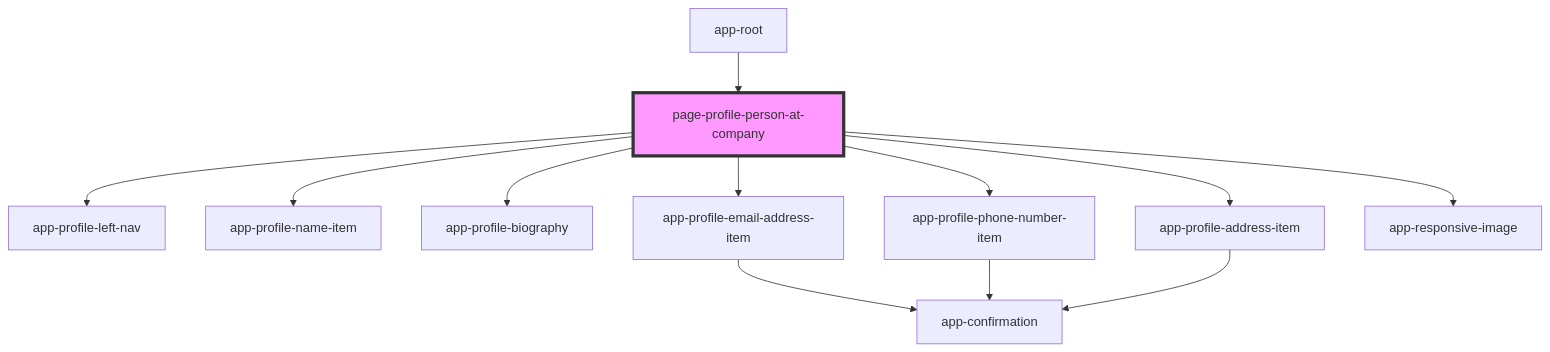
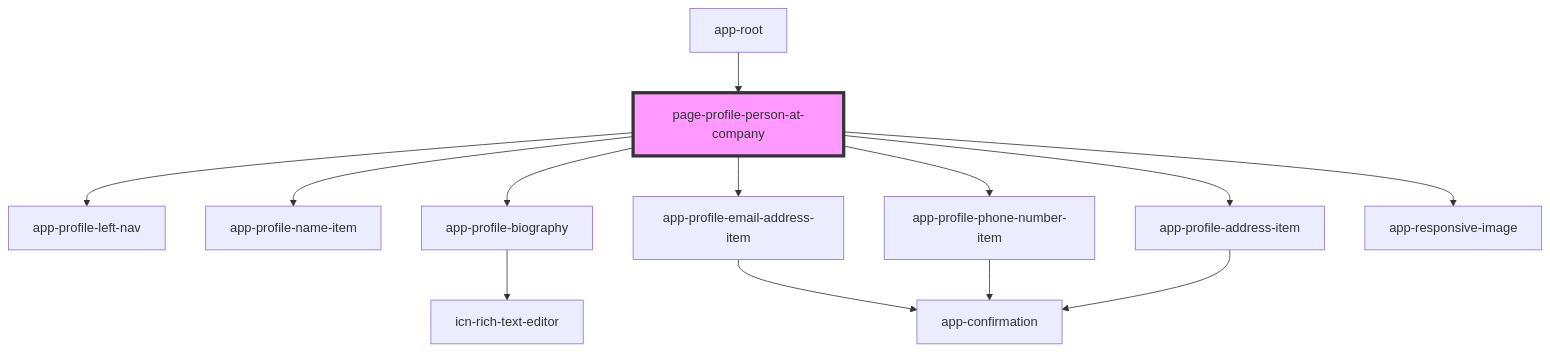
Before and after one commit to lokheed/IconEventNetwork.Web: the diagram in iconeventnetwork-web/src/components/pages/page-profile-person-at-company/readme.md, drawn with Mermaid. The commit also changed 11 other files, not shown here.

First line of the commit message:
Implemented Jodit editor for profile

````diff
--- a/iconeventnetwork-web/src/components/pages/page-profile-person-at-company/readme.md
+++ b/iconeventnetwork-web/src/components/pages/page-profile-person-at-company/readme.md
@@ -32,15 +32,16 @@
 ```mermaid
 graph TD;
   page-profile-person-at-company --> app-profile-left-nav
   page-profile-person-at-company --> app-profile-name-item
   page-profile-person-at-company --> app-profile-biography
   page-profile-person-at-company --> app-profile-email-address-item
   page-profile-person-at-company --> app-profile-phone-number-item
   page-profile-person-at-company --> app-profile-address-item
   page-profile-person-at-company --> app-responsive-image
+  app-profile-biography --> icn-rich-text-editor
   app-profile-email-address-item --> app-confirmation
   app-profile-phone-number-item --> app-confirmation
   app-profile-address-item --> app-confirmation
   app-root --> page-profile-person-at-company
   style page-profile-person-at-company fill:#f9f,stroke:#333,stroke-width:4px
 ```
````
